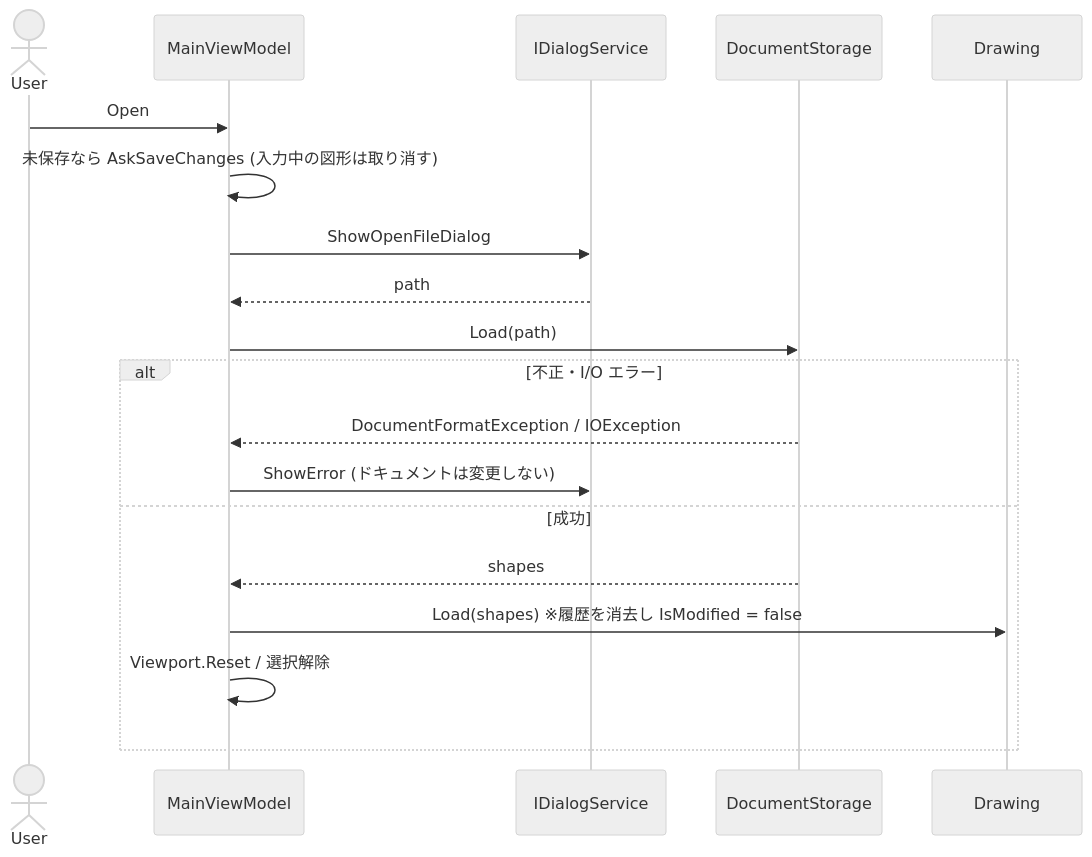
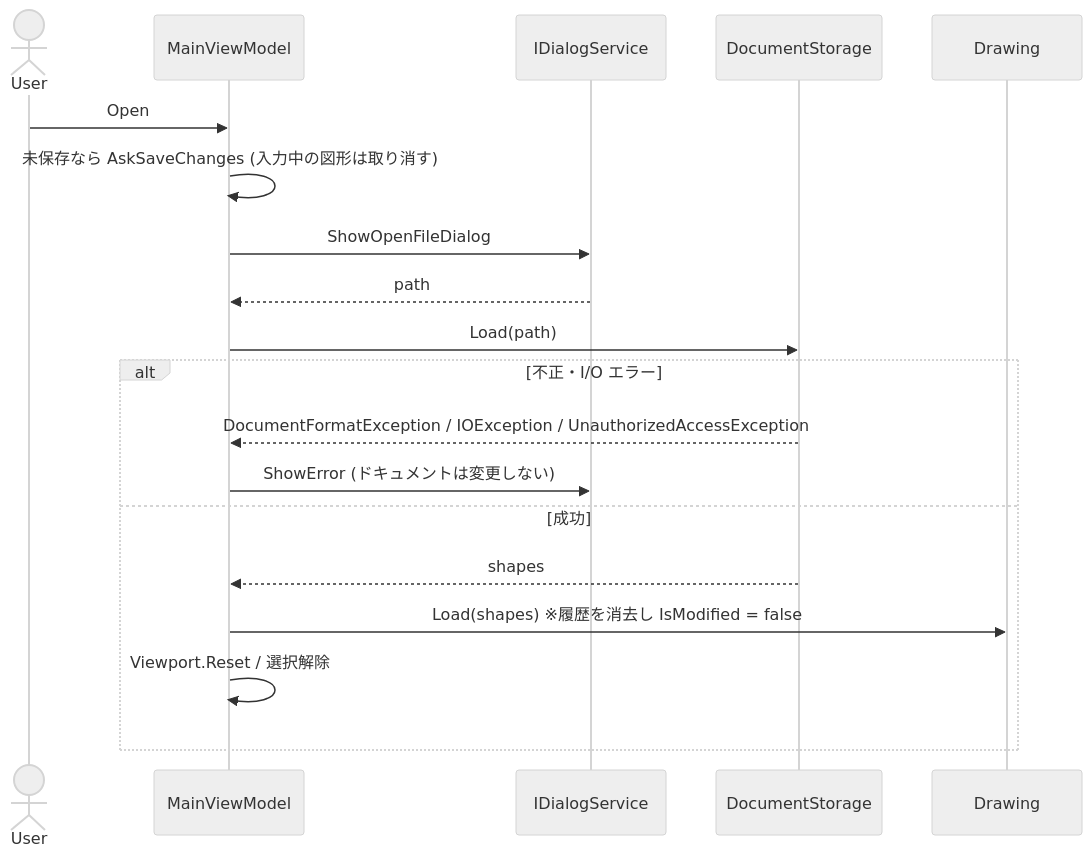
Before and after one commit to Fujiwo/Shos.WpfCadSample: the tenth of 11 diagrams in Documents/20261105-cad-architecture.md, drawn with Mermaid (neutral theme). The commit also changed other lines of this file and 2 other files, not shown here.

First line of the commit message:
Update CAD progress and architecture review documentation

````diff
--- a/Documents/20261105-cad-architecture.md
+++ b/Documents/20261105-cad-architecture.md
@@ -541,21 +563,21 @@
 ```mermaid
 sequenceDiagram
     actor User
     participant MVM as MainViewModel
     participant DS as IDialogService
     participant ST as DocumentStorage
     participant D as Drawing
     User->>MVM: Open
     MVM->>MVM: 未保存なら AskSaveChanges (入力中の図形は取り消す)
     MVM->>DS: ShowOpenFileDialog
     DS-->>MVM: path
     MVM->>ST: Load(path)
     alt 不正・I/O エラー
-        ST-->>MVM: DocumentFormatException / IOException
+        ST-->>MVM: DocumentFormatException / IOException / UnauthorizedAccessException
         MVM->>DS: ShowError (ドキュメントは変更しない)
     else 成功
         ST-->>MVM: shapes
         MVM->>D: Load(shapes) ※履歴を消去し IsModified = false
         MVM->>MVM: Viewport.Reset / 選択解除
     end
 ```
````
